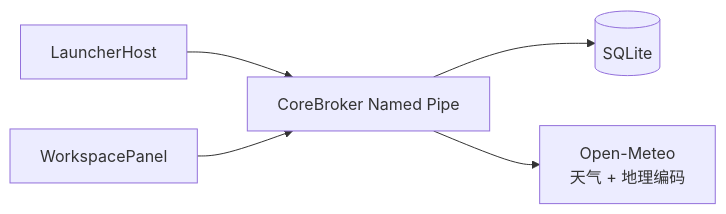
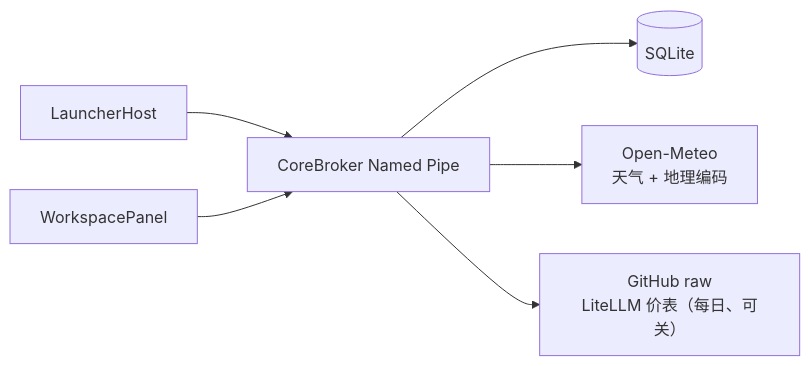
One commit to CookPiu/WinWidgetBoard changed the diagram in docs/09-security-privacy.md. Above: the diagram before and after it, drawn with Mermaid. The commit also changed other lines of this file and 5 other files, not shown here.

````diff
--- a/docs/09-security-privacy.md
+++ b/docs/09-security-privacy.md
@@ -40,7 +41,8 @@
 ```mermaid
 flowchart LR
     L["LauncherHost"] --> B["CoreBroker Named Pipe"]
     P["WorkspacePanel"] --> B
     B --> D[("SQLite")]
     B --> W["Open-Meteo<br/>天气 + 地理编码"]
+    B --> G["GitHub raw<br/>LiteLLM 价表（每日、可关）"]
 ```
````
